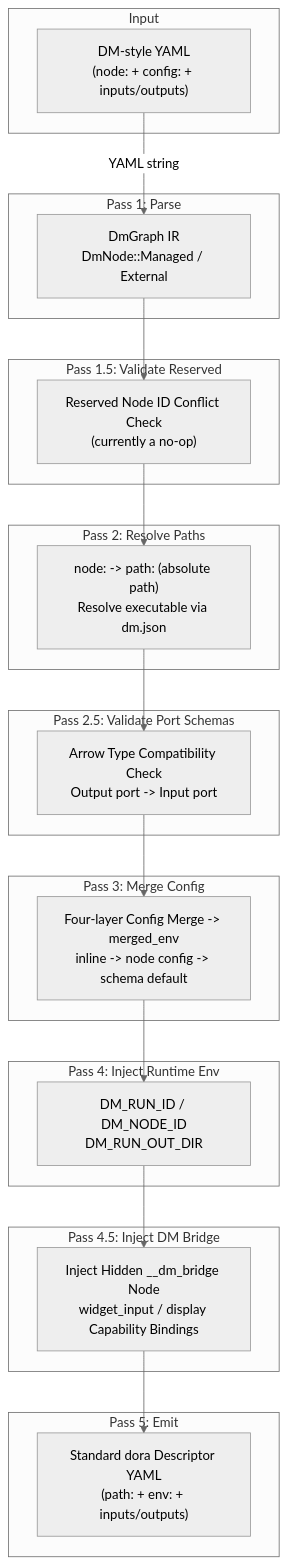
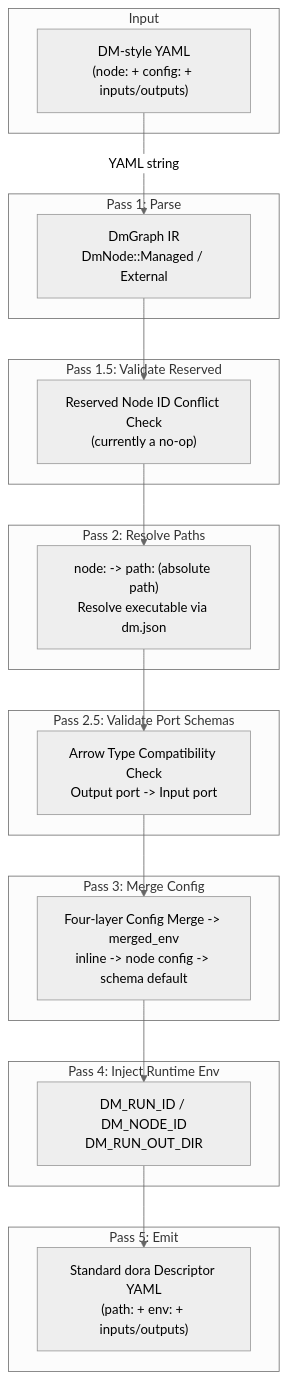
One commit to l1veIn/dora-manager changed the first of 3 diagrams in wiki/zh/en/11-transpiler.md. Above: the diagram before and after it, drawn with Mermaid (neutral theme). The commit also changed other lines of this file and 29 other files, not shown here.

First line of the commit message:
docs: remove bridge references from wiki, update for SDK architecture

````diff
--- a/wiki/zh/en/11-transpiler.md
+++ b/wiki/zh/en/11-transpiler.md
@@ -9,47 +9,42 @@
 ```mermaid
 flowchart TD
     subgraph Input
         A["DM-style YAML<br/>(node: + config: + inputs/outputs)"]
     end
 
     subgraph "Pass 1: Parse"
         B["DmGraph IR<br/>DmNode::Managed / External"]
     end
 
     subgraph "Pass 1.5: Validate Reserved"
         C["Reserved Node ID Conflict Check<br/>(currently a no-op)"]
     end
 
     subgraph "Pass 2: Resolve Paths"
         D["node: -> path: (absolute path)<br/>Resolve executable via dm.json"]
     end
 
     subgraph "Pass 2.5: Validate Port Schemas"
         E["Arrow Type Compatibility Check<br/>Output port -> Input port"]
     end
 
     subgraph "Pass 3: Merge Config"
         F["Four-layer Config Merge -> merged_env<br/>inline -> node config -> schema default"]
     end
 
     subgraph "Pass 4: Inject Runtime Env"
         G["DM_RUN_ID / DM_NODE_ID<br/>DM_RUN_OUT_DIR"]
     end
 
-    subgraph "Pass 4.5: Inject DM Bridge"
-        G2["Inject Hidden __dm_bridge Node<br/>widget_input / display Capability Bindings"]
-    end
-
     subgraph "Pass 5: Emit"
         H["Standard dora Descriptor YAML<br/>(path: + env: + inputs/outputs)"]
     end
 
     A -->|"YAML string"| B
     B --> C
     C --> D
     D --> E
     E --> F
     F --> G
-    G --> G2
-    G2 --> H
+    G --> H
 ```
````
